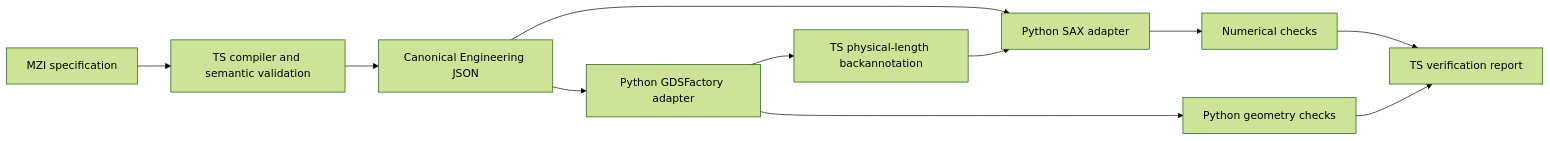
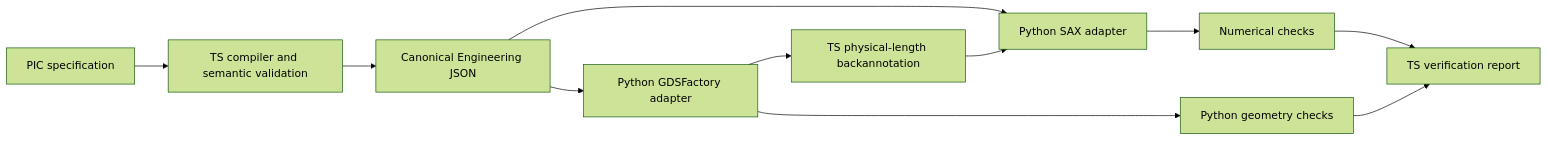
Before and after one commit to xiaoyuy2906/AgentPIC: the diagram in docs/architecture.md, drawn with Mermaid (forest theme). The commit also changed other lines of this file and 35 other files, not shown here.

````diff
--- a/docs/architecture.md
+++ b/docs/architecture.md
@@ -31,13 +31,13 @@
 ```mermaid
 flowchart LR
-  S[MZI specification] --> C[TS compiler and semantic validation]
+  S[PIC specification] --> C[TS compiler and semantic validation]
   C --> IR[Canonical Engineering JSON]
   IR --> SAX[Python SAX adapter]
   SAX --> N[Numerical checks]
   IR --> G[Python GDSFactory adapter]
   G --> B[TS physical-length backannotation]
   B --> SAX
   G --> D[Python geometry checks]
   N --> V[TS verification report]
   D --> V
 ```
````
